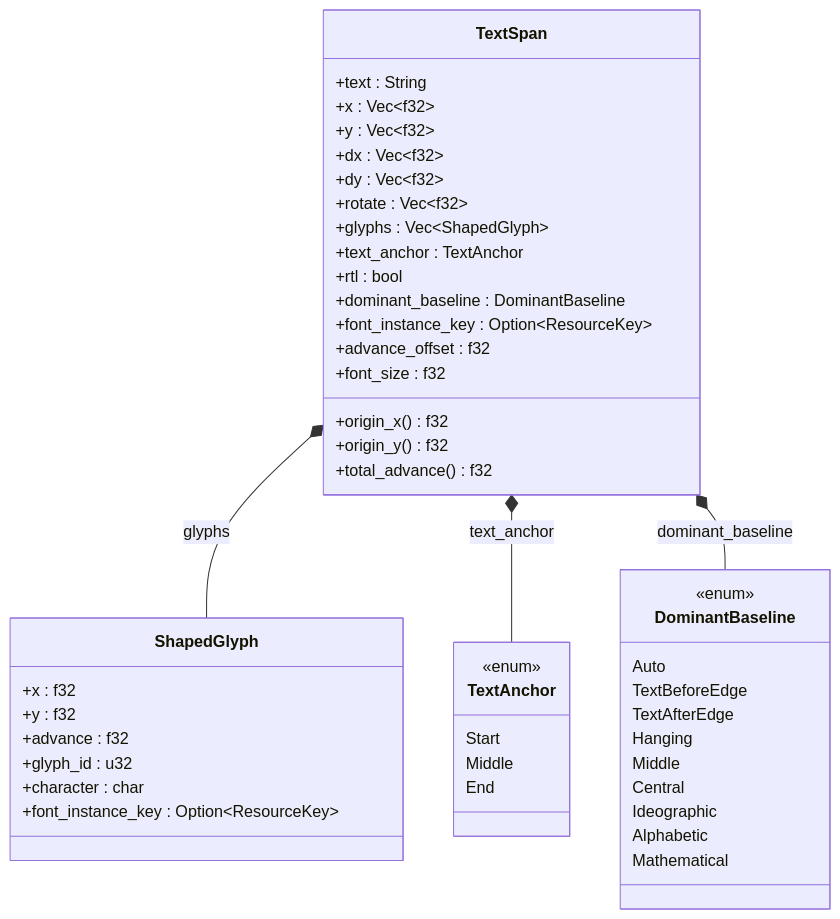
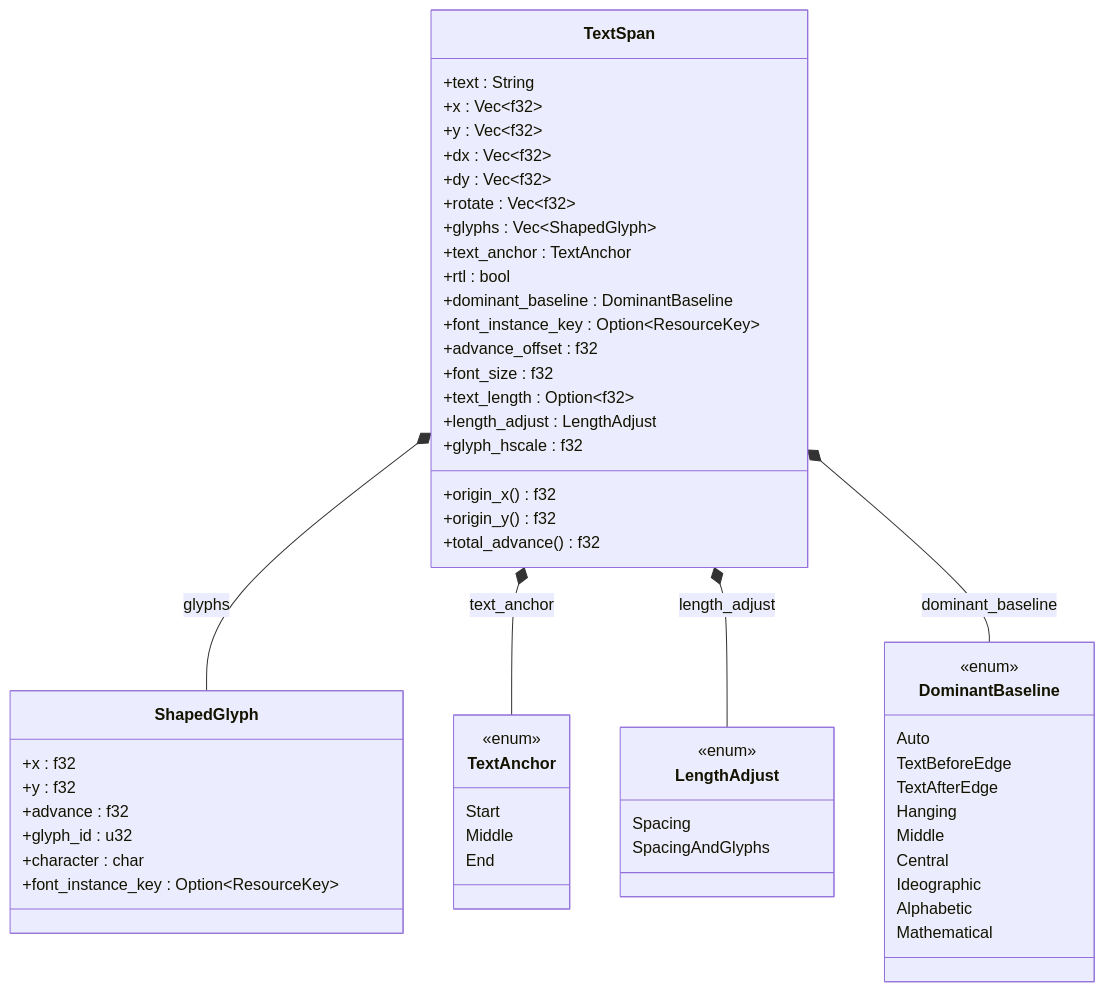
One commit to mu-mostafa98/servo changed the fifth of 17 diagrams in svg-engine-data-model.md. Above: the diagram before and after it, drawn with Mermaid. The commit also changed other lines of this file and 3 other files, not shown here.

````diff
--- a/svg-engine-data-model.md
+++ b/svg-engine-data-model.md
@@ -246,55 +246,64 @@
 ```mermaid
 classDiagram
     direction TB
 
     class TextSpan {
         +text : String
         +x : Vec~f32~
         +y : Vec~f32~
         +dx : Vec~f32~
         +dy : Vec~f32~
         +rotate : Vec~f32~
         +glyphs : Vec~ShapedGlyph~
         +text_anchor : TextAnchor
         +rtl : bool
         +dominant_baseline : DominantBaseline
         +font_instance_key : Option~ResourceKey~
         +advance_offset : f32
         +font_size : f32
+        +text_length : Option~f32~
+        +length_adjust : LengthAdjust
+        +glyph_hscale : f32
         +origin_x() f32
         +origin_y() f32
         +total_advance() f32
     }
 
     class ShapedGlyph {
         +x : f32
         +y : f32
         +advance : f32
         +glyph_id : u32
         +character : char
         +font_instance_key : Option~ResourceKey~
     }
 
     class TextAnchor {
         <<enum>>
         Start
         Middle
         End
     }
+    class LengthAdjust {
+        <<enum>>
+        Spacing
+        SpacingAndGlyphs
+    }
     class DominantBaseline {
         <<enum>>
         Auto
         TextBeforeEdge
         TextAfterEdge
         Hanging
         Middle
         Central
         Ideographic
         Alphabetic
         Mathematical
     }
 
     TextSpan *-- ShapedGlyph : glyphs
     TextSpan *-- TextAnchor : text_anchor
+    TextSpan *-- LengthAdjust : length_adjust
     TextSpan *-- DominantBaseline : dominant_baseline
 ```
````
